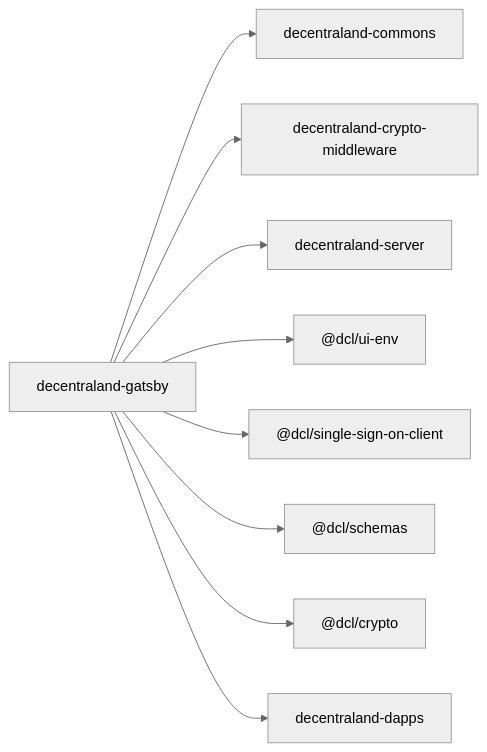
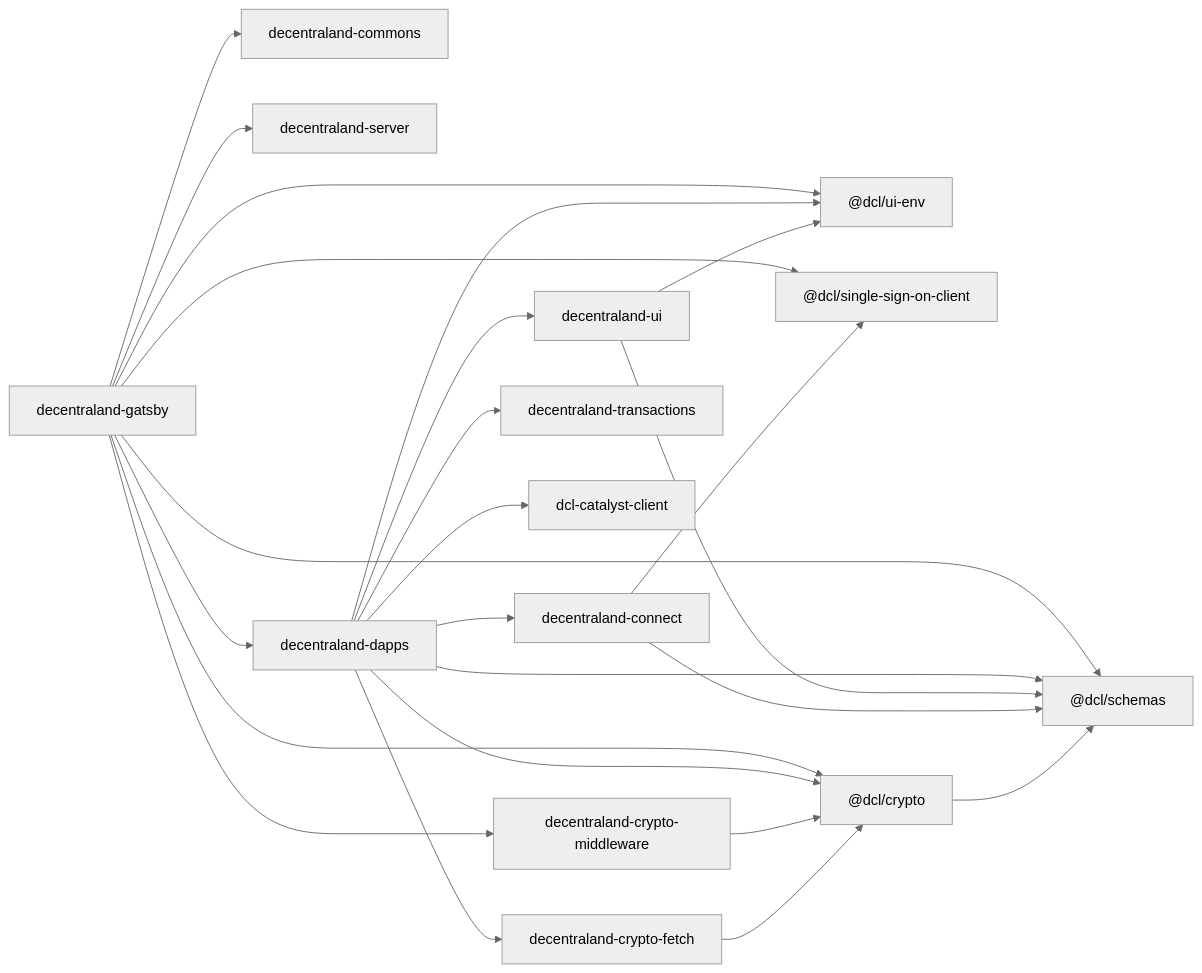
One commit to decentraland/decentraland-gatsby changed the diagram in deps.md. Above: the diagram before and after it, drawn with Mermaid (neutral theme).

````diff
--- a/deps.md
+++ b/deps.md
@@ -3,12 +3,44 @@
 ```mermaid
 graph LR
 
 dgatsby["decentraland-gatsby"] --> dcommons["decentraland-commons"]
 dgatsby --> dcryptomidw["decentraland-crypto-middleware"]
 dgatsby --> dserver["decentraland-server"]
 dgatsby --> duienv["@dcl/ui-env"]
 dgatsby --> dsso["@dcl/single-sign-on-client"]
 dgatsby --> dschemas["@dcl/schemas"]
 dgatsby --> dcrypto["@dcl/crypto"]
 dgatsby --> ddapps["decentraland-dapps"]
+ddapps --> ui["decentraland-ui"]
+ddapps --> dconnect["decentraland-connect"]
+ddapps --> dcryptofetch["decentraland-crypto-fetch"]
+ddapps --> dtx["decentraland-transactions"]
+ddapps --> dcclient["dcl-catalyst-client"]
+ddapps --> dcrypto
+ddapps --> duienv
+ddapps --> dschemas
+ui --> dschemas
+ui --> duienv
+dconnect --> dschemas
+dconnect --> dsso
+dcrypto --> dschemas
+dcryptomidw --> dcrypto
+dcryptofetch --> dcrypto
+
+click dgatsby href "https://github.com/decentraland/decentraland-gatsby" _blank
+%% decentraland-commons could be removed, not used, no update since 4 years ago
+click dcommons href "https://github.com/decentraland/decentraland-commons" _blank
+click dcryptomidw href "https://github.com/decentraland/decentraland-crypto-middleware" _blank
+click dserver href "https://github.com/decentraland/decentraland-server" _blank
+click duienv href "https://github.com/decentraland/ui-env" _blank
+click dsso href "https://github.com/decentraland/single-sign-on-client" _blank
+click dschemas href "https://github.com/decentraland/schemas" _blank
+click dcrypto href "https://github.com/decentraland/decentraland-crypto" _blank
+click ddapps href "https://github.com/decentraland/decentraland-dapps" _blank
+click ui href "https://github.com/decentraland/ui" _blank
+click dconnect href "https://github.com/decentraland/decentraland-connect" _blank
+click dcryptofetch href "https://github.com/decentraland/decentraland-crypto-fetch" _blank
+click dtx href "https://github.com/decentraland/decentraland-transactions" _blank
+click dcclient href "https://github.com/decentraland/catalyst-client" _blank
+
 ```
````
